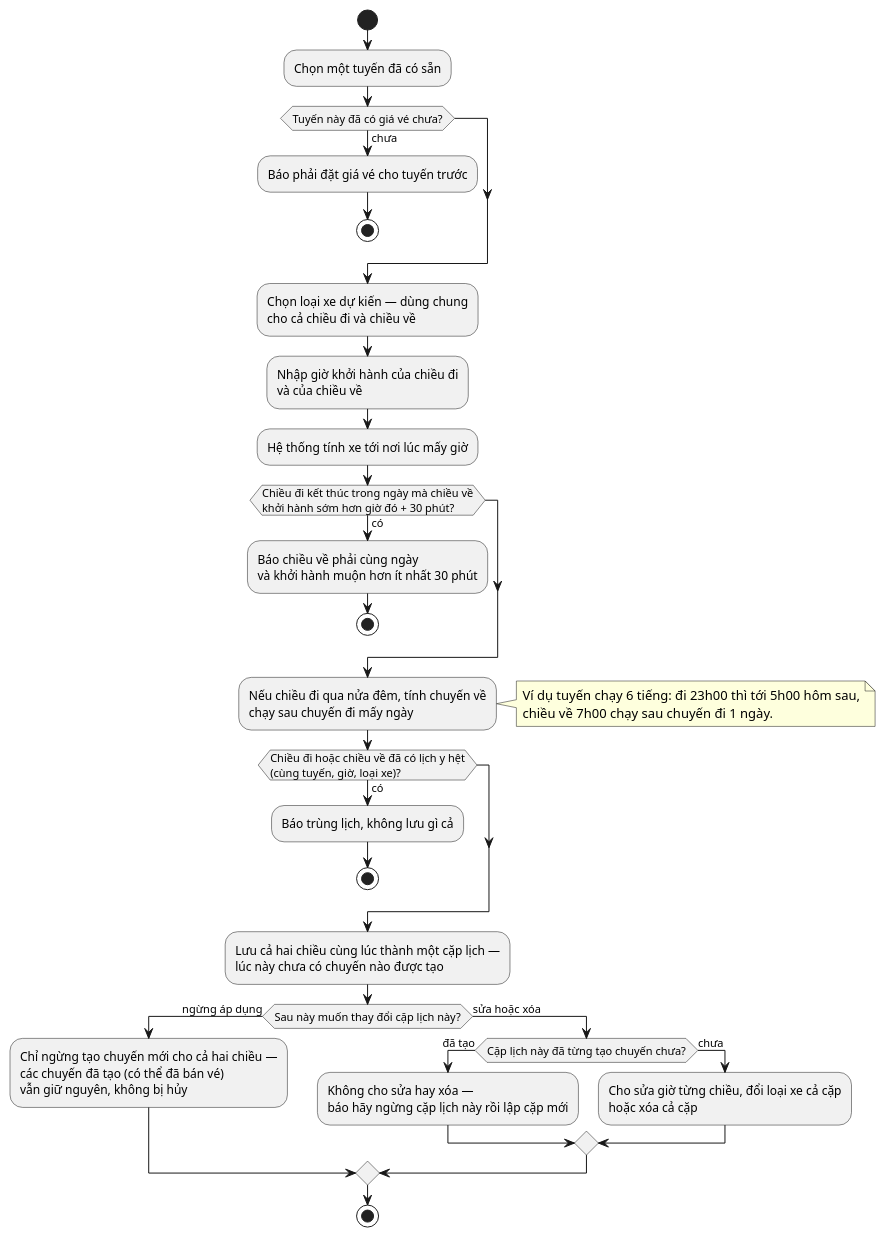
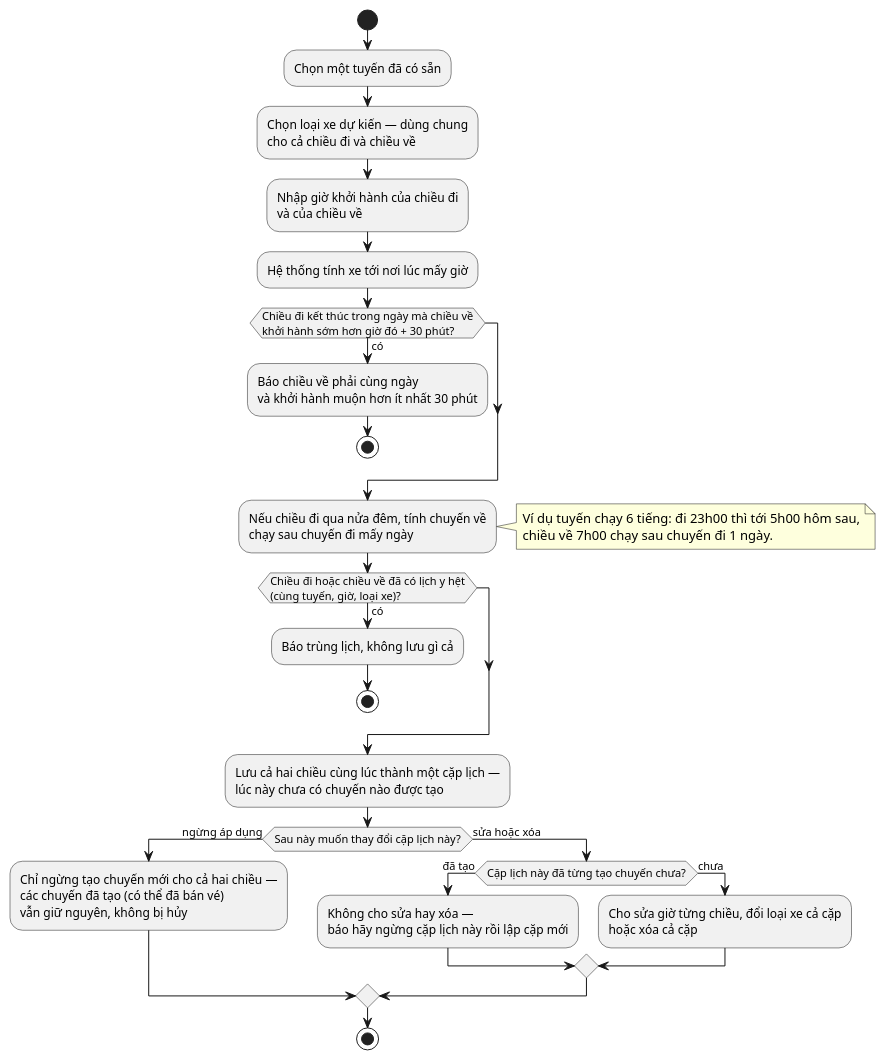
One commit to nguyenvietanhit19/Project1_HeThongQuanLyNhaXeKhachLienTinh changed diagram 21 of 52 in UML_DIAGRAMS.md. Above: the diagram before and after it, drawn with PlantUML. The commit also changed other lines of this file and 13 other files, not shown here.

````diff
--- a/UML_DIAGRAMS.md
+++ b/UML_DIAGRAMS.md
@@ -646,37 +646,33 @@
 ```plantuml
 @startuml AD_UC18_LichDinhKy
 start
 :Chọn một tuyến đã có sẵn;
-if (Tuyến này đã có giá vé chưa?) then (chưa)
-  :Báo phải đặt giá vé cho tuyến trước;
-  stop
-endif
 :Chọn loại xe dự kiến — dùng chung\ncho cả chiều đi và chiều về;
 :Nhập giờ khởi hành của chiều đi\nvà của chiều về;
 :Hệ thống tính xe tới nơi lúc mấy giờ;
 if (Chiều đi kết thúc trong ngày mà chiều về\nkhởi hành sớm hơn giờ đó + 30 phút?) then (có)
   :Báo chiều về phải cùng ngày\nvà khởi hành muộn hơn ít nhất 30 phút;
   stop
 endif
 :Nếu chiều đi qua nửa đêm, tính chuyến về\nchạy sau chuyến đi mấy ngày;
 note right
   Ví dụ tuyến chạy 6 tiếng: đi 23h00 thì tới 5h00 hôm sau,
   chiều về 7h00 chạy sau chuyến đi 1 ngày.
 end note
 if (Chiều đi hoặc chiều về đã có lịch y hệt\n(cùng tuyến, giờ, loại xe)?) then (có)
   :Báo trùng lịch, không lưu gì cả;
   stop
 endif
 :Lưu cả hai chiều cùng lúc thành một cặp lịch —\nlúc này chưa có chuyến nào được tạo;
 if (Sau này muốn thay đổi cặp lịch này?) then (ngừng áp dụng)
   :Chỉ ngừng tạo chuyến mới cho cả hai chiều —\ncác chuyến đã tạo (có thể đã bán vé)\nvẫn giữ nguyên, không bị hủy;
 else (sửa hoặc xóa)
   if (Cặp lịch này đã từng tạo chuyến chưa?) then (đã tạo)
     :Không cho sửa hay xóa —\nbáo hãy ngừng cặp lịch này rồi lập cặp mới;
   else (chưa)
     :Cho sửa giờ từng chiều, đổi loại xe cả cặp\nhoặc xóa cả cặp;
   endif
 endif
 stop
 @enduml
 ```
````
